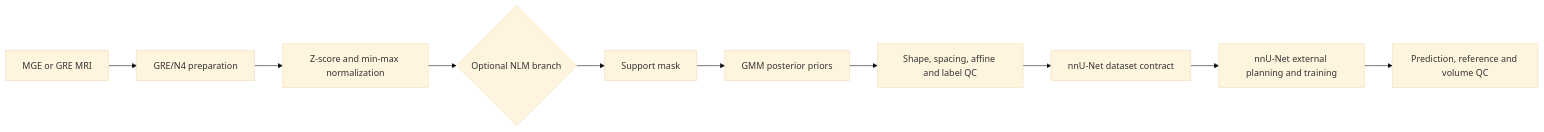
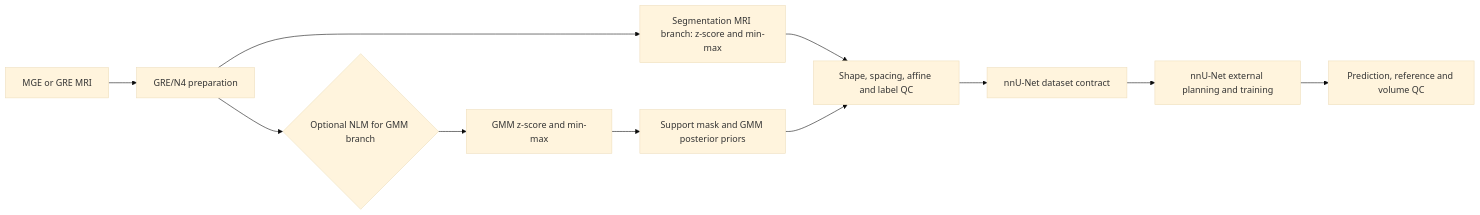
One commit to MohammedJamalDawoud/organoid-mri-segmentation-nnunet changed the diagram in README.md. Above: the diagram before and after it, drawn with Mermaid (base theme). The commit also changed other lines of this file and 3 other files, not shown here.

```diff
--- a/README.md
+++ b/README.md
@@ -22,12 +22,13 @@
 ~~~mermaid
 flowchart LR
     A[MGE or GRE MRI] --> B[GRE/N4 preparation]
-    B --> C[Z-score and min-max normalization]
-    C --> D{Optional NLM branch}
-    D --> E[Support mask]
-    E --> F[GMM posterior priors]
-    F --> G[Shape, spacing, affine and label QC]
+    B --> C[Segmentation MRI branch: z-score and min-max]
+    B --> D{Optional NLM for GMM branch}
+    D --> E[GMM z-score and min-max]
+    E --> F[Support mask and GMM posterior priors]
+    C --> G[Shape, spacing, affine and label QC]
+    F --> G
     G --> H[nnU-Net dataset contract]
     H --> I[nnU-Net external planning and training]
     I --> J[Prediction, reference and volume QC]
 ~~~
```
